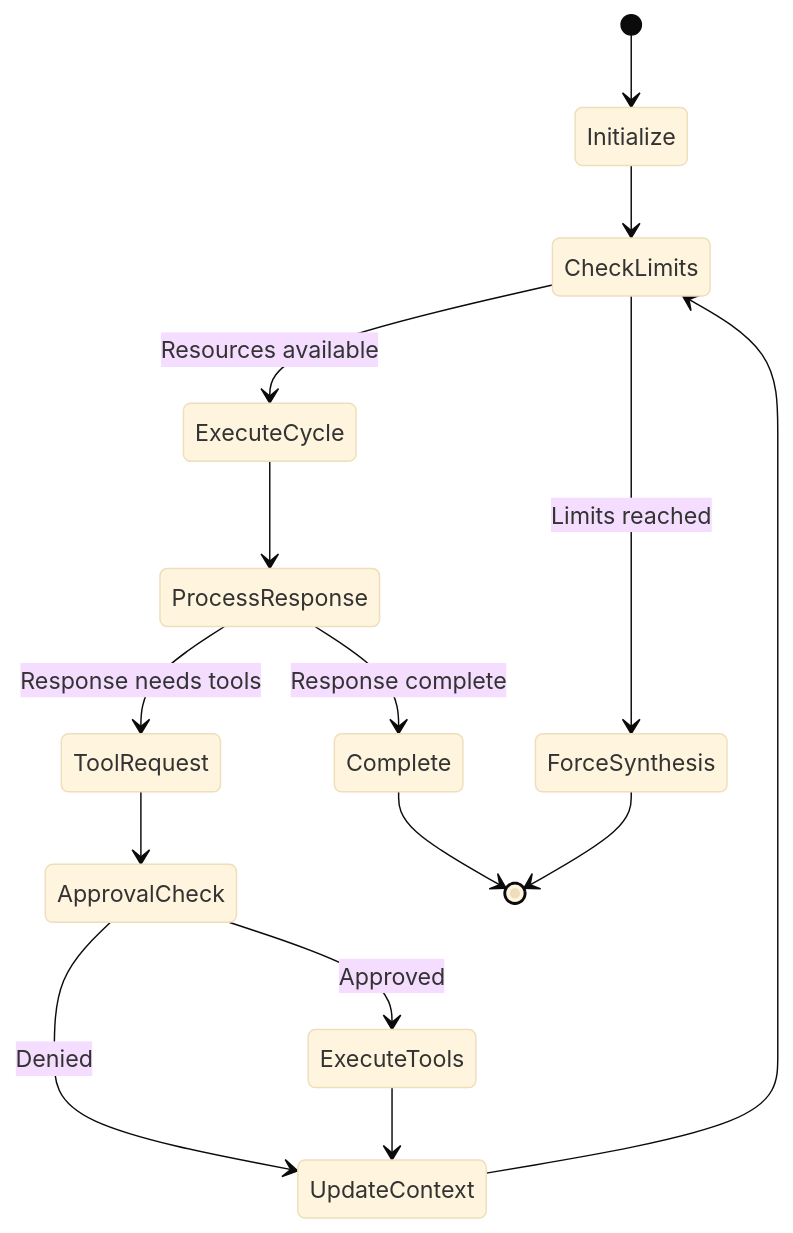
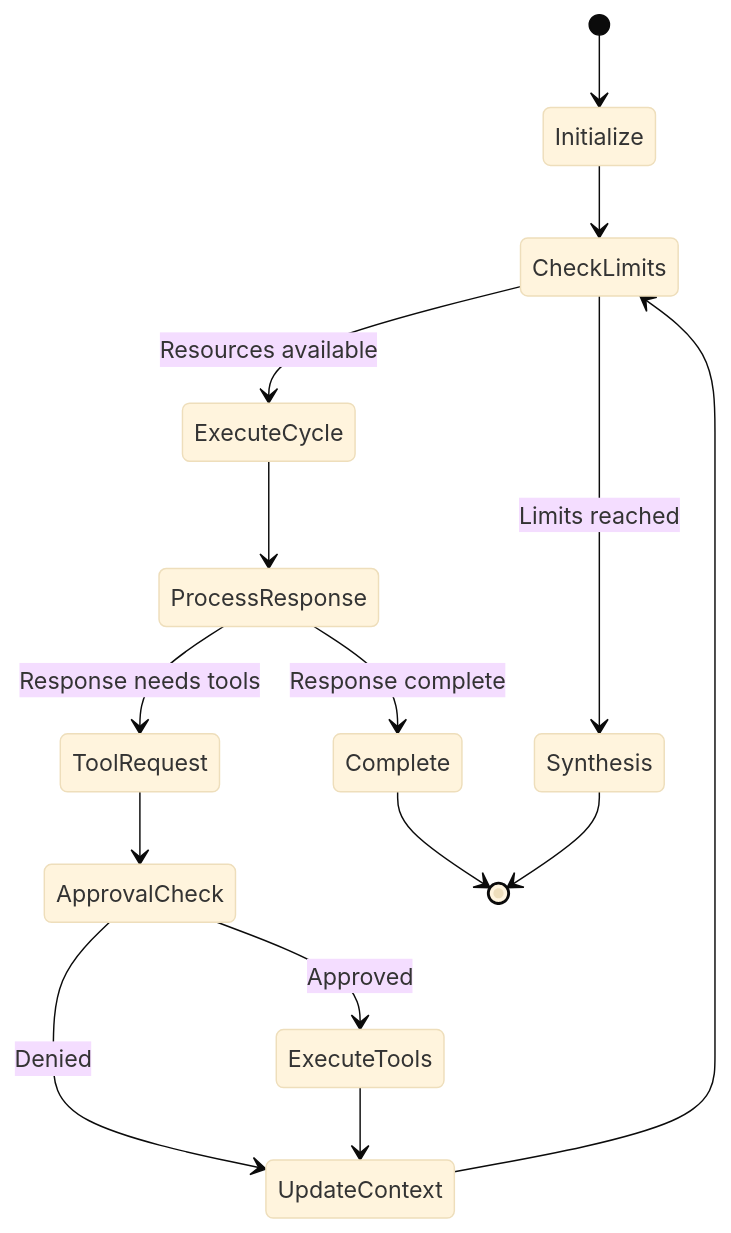
The fourth of 6 diagrams in docs/execution-strategies.md (machellerogden/thinksuit), drawn with Mermaid (base theme) before and after one commit. The commit also changed other lines of this file and 54 other files, not shown here.

Commit message:
feat: Instrumenting sequences and task lifecycles with more English

````diff
--- a/docs/execution-strategies.md
+++ b/docs/execution-strategies.md
@@ -125,24 +125,24 @@
 ```mermaid
 stateDiagram-v2
     [*] --> Initialize
 
     Initialize --> CheckLimits
 
     CheckLimits --> ExecuteCycle: Resources available
-    CheckLimits --> ForceSynthesis: Limits reached
+    CheckLimits --> Synthesis: Limits reached
 
     ExecuteCycle --> ProcessResponse
 
     ProcessResponse --> ToolRequest: Response needs tools
     ProcessResponse --> Complete: Response complete
 
     ToolRequest --> ApprovalCheck
     ApprovalCheck --> ExecuteTools: Approved
     ApprovalCheck --> UpdateContext: Denied
 
     ExecuteTools --> UpdateContext
     UpdateContext --> CheckLimits
 
     Complete --> [*]
-    ForceSynthesis --> [*]
+    Synthesis --> [*]
 ```
````
